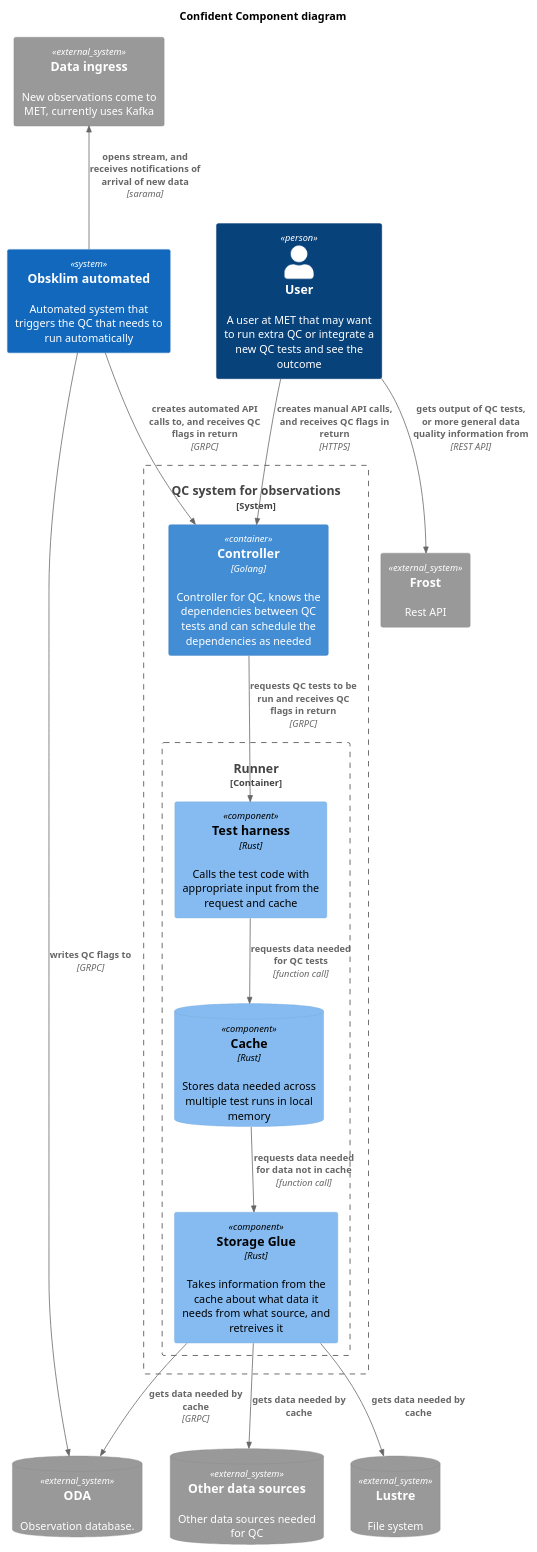
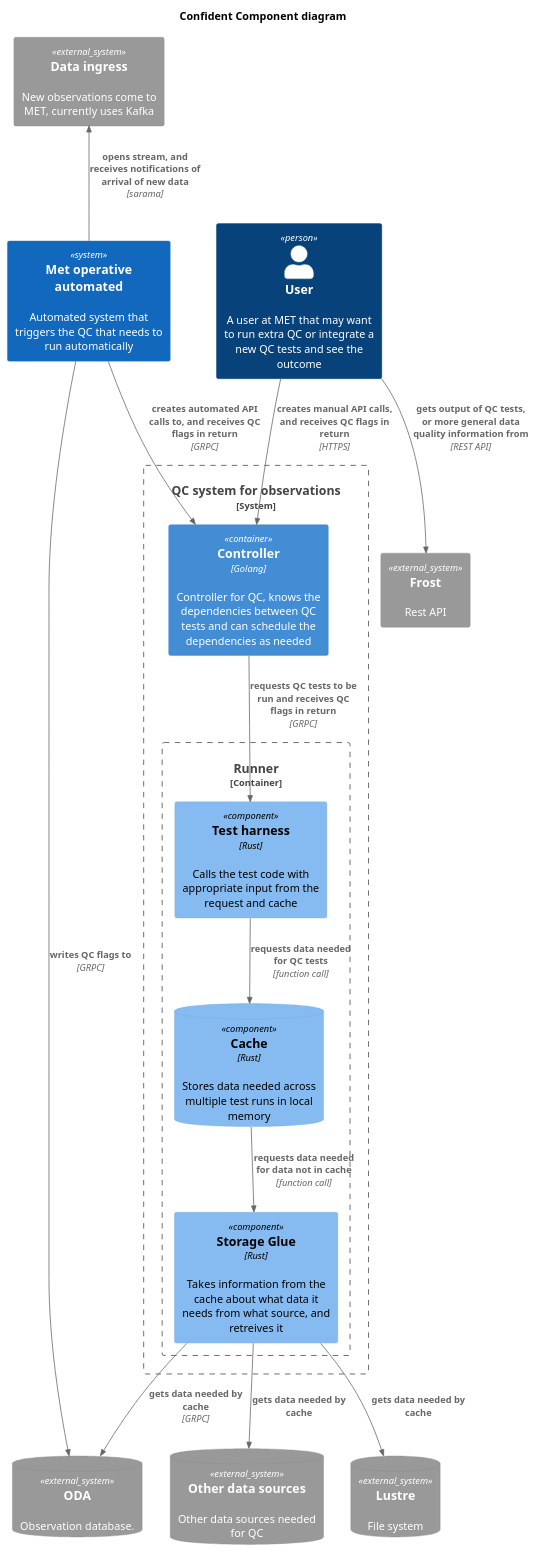
One commit to metno/rove changed the diagram in docs/C4_component.puml. Above: the diagram before and after it, drawn with PlantUML. The commit also changed 1 other file, not shown here.

```diff
--- a/docs/C4_component.puml
+++ b/docs/C4_component.puml
@@ -1,42 +1,42 @@
 @startuml Confident_Component
 !include https://raw.githubusercontent.com/plantuml-stdlib/C4-PlantUML/master/C4_Component.puml
 
 LAYOUT_TOP_DOWN()
 
 title
   Confident Component diagram
 end title
 
 Person(user, "User", "A user at MET that may want to run extra QC or integrate a new QC tests and see the outcome")
-System(new_obs_system, "Obsklim automated", "Automated system that triggers the QC that needs to run automatically")
+System(new_obs_system, "Met operative automated", "Automated system that triggers the QC that needs to run automatically")
 System_Ext(kafka, "Data ingress", "New observations come to MET, currently uses Kafka")
 
 System_Ext(frost, "Frost", "Rest API")
 SystemDb_Ext(oda, "ODA", "Observation database.")
 SystemDb_Ext(lustre, "Lustre", "File system")
 SystemDb_Ext(datasources, "Other data sources", "Other data sources needed for QC")
 
 System_Boundary(Confident, "QC system for observations") {
   Container(controller, "Controller", "Golang", "Controller for QC, knows the dependencies between QC tests and can schedule the dependencies as needed")
   Container_Boundary(runner, "Runner") {
     Component(test_harness, "Test harness", "Rust", "Calls the test code with appropriate input from the request and cache")
     ComponentDb(cache, "Cache", "Rust", "Stores data needed across multiple test runs in local memory")
     Component(storage_glue, "Storage Glue", "Rust", "Takes information from the cache about what data it needs from what source, and retreives it")
   }
 }
 
 Rel_U(new_obs_system, kafka, "opens stream, and receives notifications of arrival of new data", "sarama")
 
 Rel(controller, test_harness, "requests QC tests to be run and receives QC flags in return", "GRPC")
 Rel(new_obs_system, oda, "writes QC flags to", "GRPC")
 
 Rel(test_harness, cache, "requests data needed for QC tests", "function call")
 Rel(cache, storage_glue, "requests data needed for data not in cache", "function call")
 
 Rel(user, controller, "creates manual API calls, and receives QC flags in return", "HTTPS")
 Rel(new_obs_system, controller, "creates automated API calls to, and receives QC flags in return", "GRPC")
 Rel(storage_glue, oda, "gets data needed by cache", "GRPC")
 Rel(storage_glue, lustre, "gets data needed by cache")
 Rel(storage_glue, datasources, "gets data needed by cache")
 Rel(user, frost, "gets output of QC tests, or more general data quality information from", "REST API")
 @enduml
```
